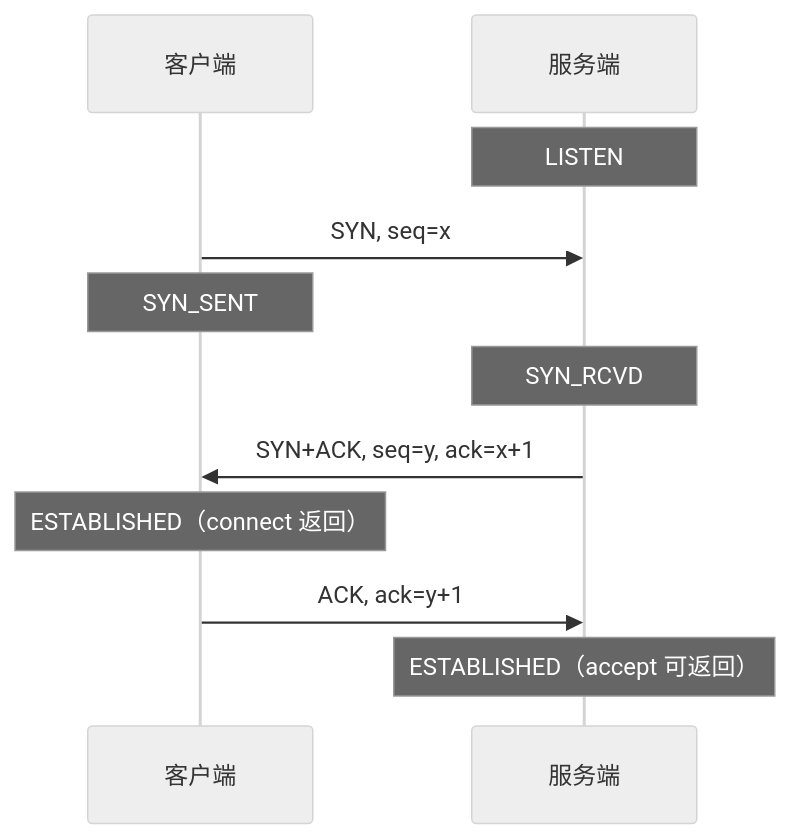
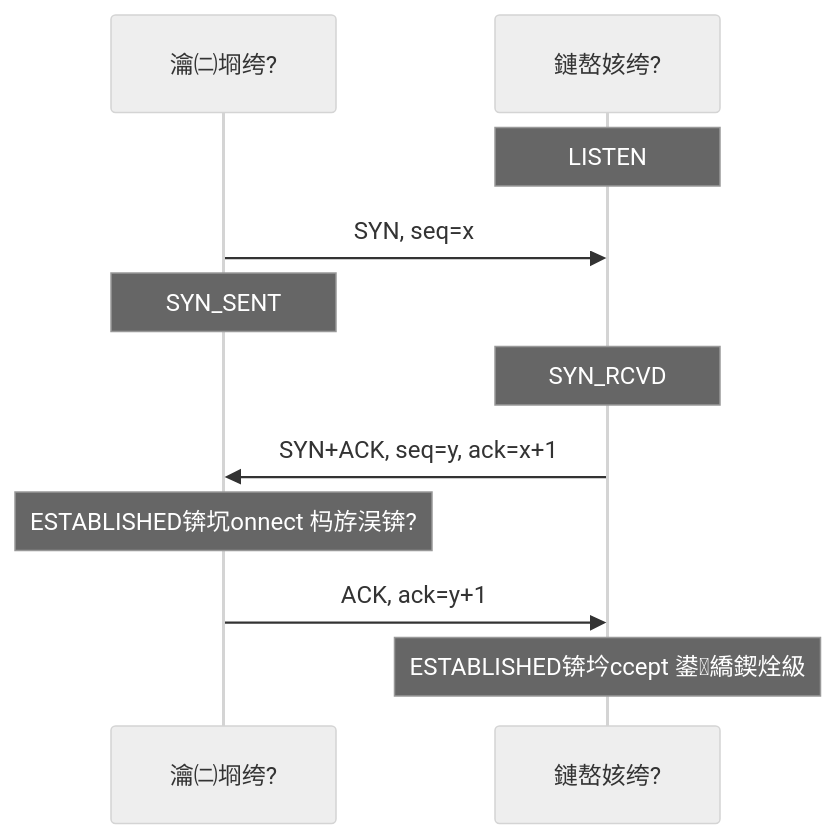
Before and after one commit to 495229520/obsidian_notes: the first of 3 diagrams in 3.Linux/7. 网络编程/02. TCP 协议/2.1 TCP协议基础.md, drawn with Mermaid (neutral theme). The commit also changed other lines of this file and 64 other files, not shown here.

````diff
--- a/3.Linux/7. 网络编程/02. TCP 协议/2.1 TCP协议基础.md
+++ b/3.Linux/7. 网络编程/02. TCP 协议/2.1 TCP协议基础.md
@@ -125,13 +52,13 @@
 ```mermaid
 sequenceDiagram
-    participant C as 客户端
-    participant S as 服务端
+    participant C as 瀹㈡埛绔?
+    participant S as 鏈嶅姟绔?
     Note over S: LISTEN
     C->>S: SYN, seq=x
     Note over C: SYN_SENT
     Note over S: SYN_RCVD
     S->>C: SYN+ACK, seq=y, ack=x+1
-    Note over C: ESTABLISHED（connect 返回）
+    Note over C: ESTABLISHED锛坈onnect 杩斿洖锛?
     C->>S: ACK, ack=y+1
-    Note over S: ESTABLISHED（accept 可返回）
+    Note over S: ESTABLISHED锛坅ccept 鍙繑鍥烇級
 ```
````
